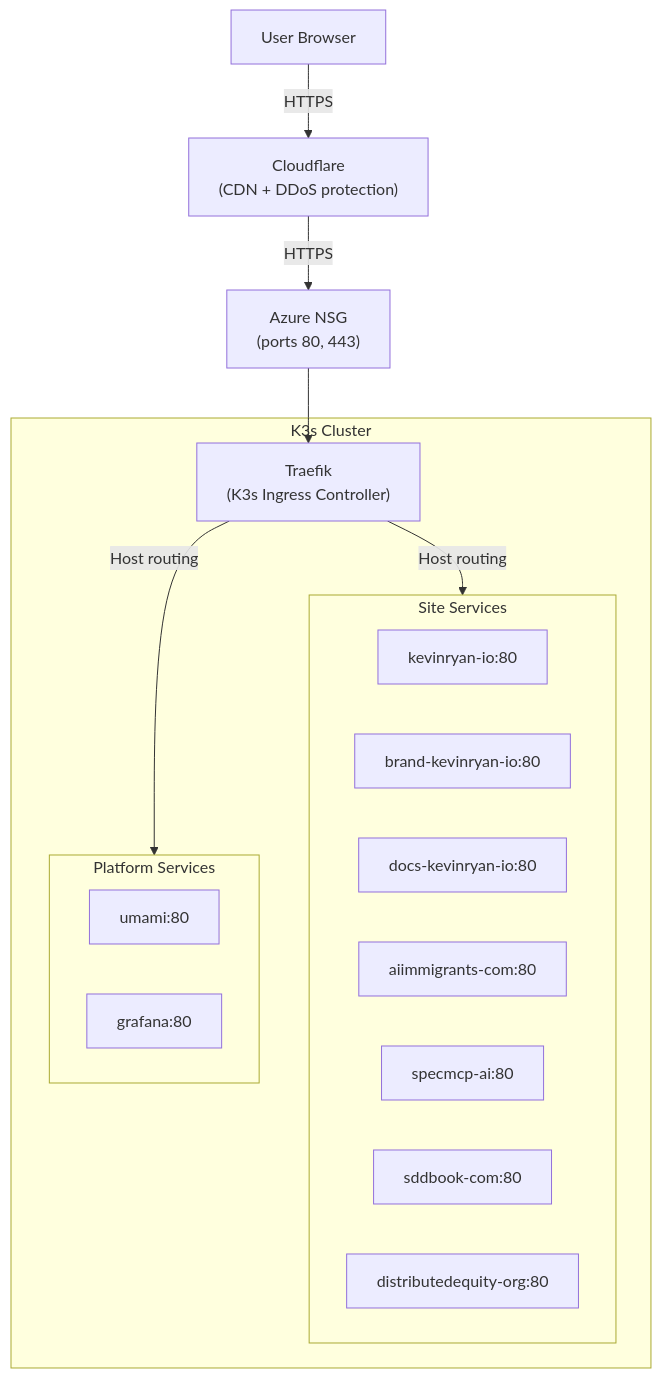
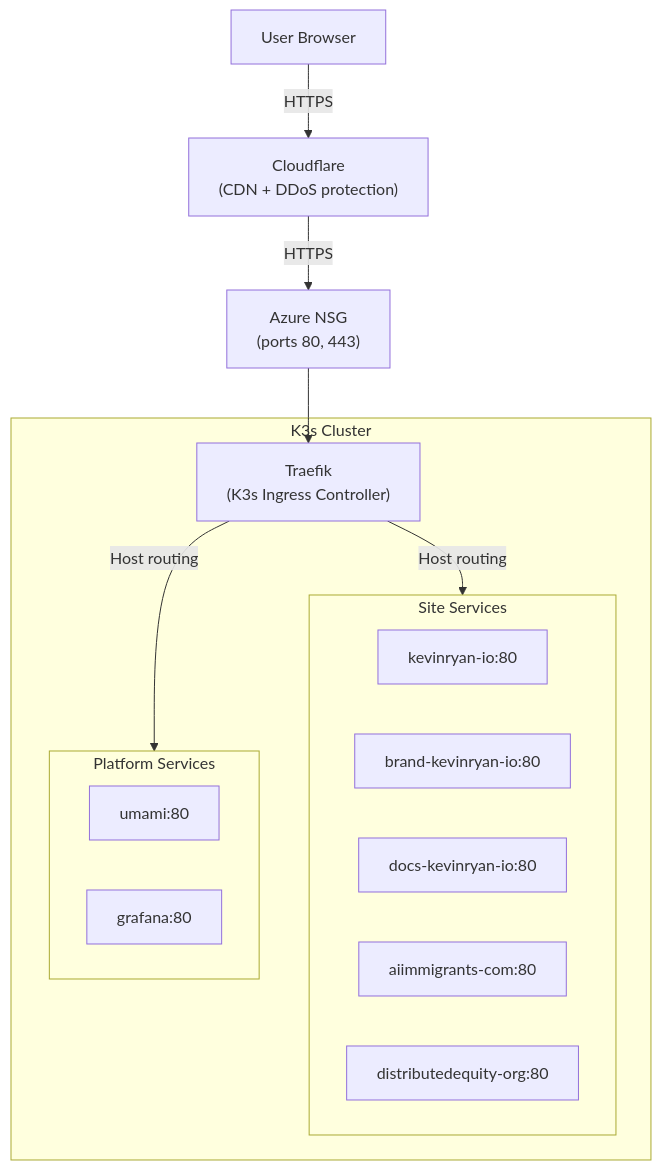
Before and after one commit to DevOpsKev/kevinryan-io: the first of 2 diagrams in docs/traefik.md, drawn with Mermaid. The commit also changed other lines of this file and 45 other files, not shown here.

````diff
--- a/docs/traefik.md
+++ b/docs/traefik.md
@@ -19,31 +19,29 @@
 ```mermaid
 graph TD
     user["User Browser"]
     cf["Cloudflare<br/>(CDN + DDoS protection)"]
     nsg["Azure NSG<br/>(ports 80, 443)"]
     traefik["Traefik<br/>(K3s Ingress Controller)"]
 
     subgraph cluster["K3s Cluster"]
         traefik
 
         subgraph sites["Site Services"]
             kr["kevinryan-io:80"]
             brand["brand-kevinryan-io:80"]
             docs["docs-kevinryan-io:80"]
             ai["aiimmigrants-com:80"]
-            spec["specmcp-ai:80"]
-            sdd["sddbook-com:80"]
             de["distributedequity-org:80"]
         end
 
         subgraph services["Platform Services"]
             umami["umami:80"]
             grafana["grafana:80"]
         end
     end
 
     user -->|HTTPS| cf
     cf -->|HTTPS| nsg
     nsg --> traefik
     traefik -->|Host routing| sites & services
 ```
````
